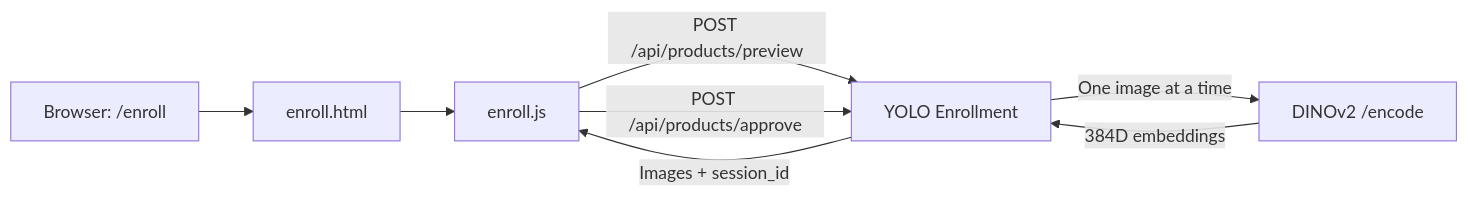
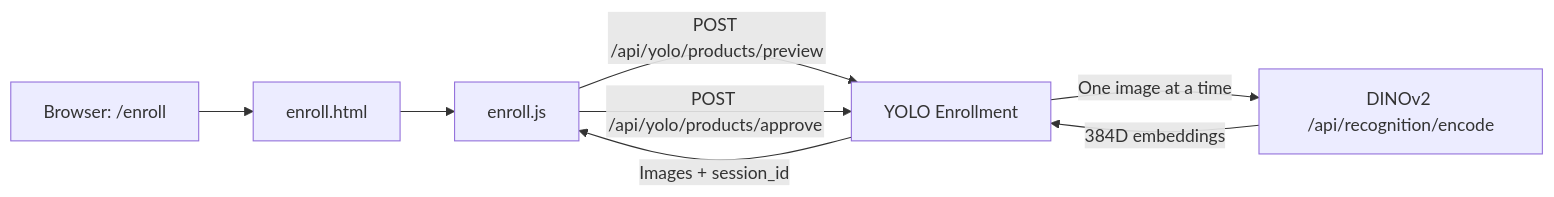
The first of 2 diagrams in ai-service/yolo-service/enrollment/README.md (sunnydineva/product-recognition), drawn with Mermaid before and after one commit. The commit also changed other lines of this file and 22 other files, not shown here.

````diff
--- a/ai-service/yolo-service/enrollment/README.md
+++ b/ai-service/yolo-service/enrollment/README.md
@@ -3,10 +3,10 @@
 ```mermaid
 flowchart LR
     A["Browser: /enroll"] --> B["enroll.html"]
     B --> C["enroll.js"]
-    C -->|" POST /api/products/preview "| D["YOLO Enrollment"]
+    C -->|" POST /api/yolo/products/preview "| D["YOLO Enrollment"]
     D -->|" Images + session_id "| C
-    C -->|" POST /api/products/approve "| D
-    D -->|" One image at a time "| E["DINOv2 /encode"]
+    C -->|" POST /api/yolo/products/approve "| D
+    D -->|" One image at a time "| E["DINOv2 /api/recognition/encode"]
     E -->|" 384D embeddings "| D
 ```
````
